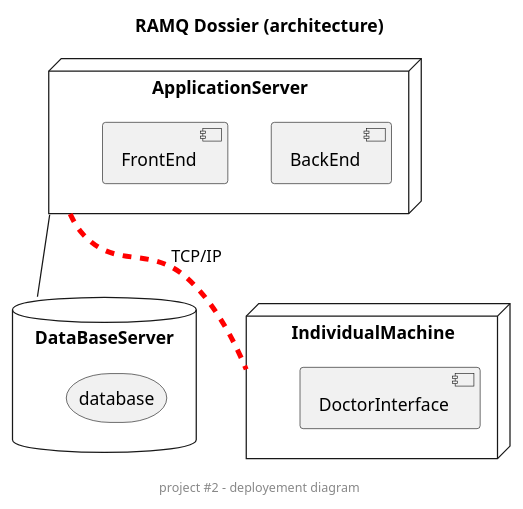
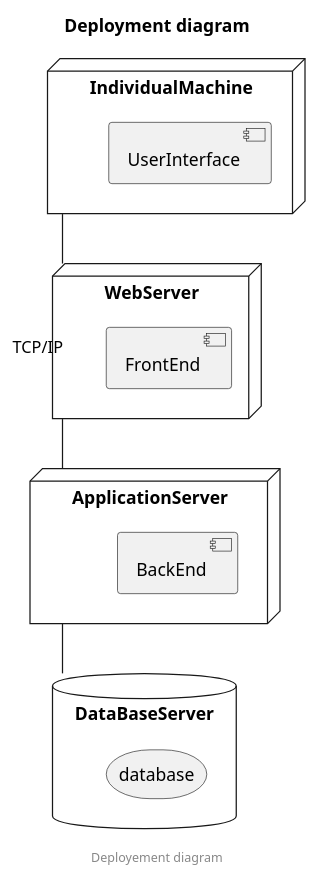
One commit to AmineSdi/PROJET_JAVAFX changed the diagram in Models/plantuml/deployement.puml. Above: the diagram before and after it, drawn with PlantUML. The commit also changed 1 other file, not shown here.

```diff
--- a/Models/plantuml/deployement.puml
+++ b/Models/plantuml/deployement.puml
@@ -1,23 +1,32 @@
 @startuml
 'DOCUMENTATION
 'PLANTUML : https://plantuml.com/fr/deployment-diagram
 'WHAT'S A DEPLOYEMENT DIAGRAM : https://www.lucidchart.com/pages/fr/diagramme-de-deploiement-uml
-title RAMQ Dossier (architecture)
-center footer project #2 - deployement diagram
+title Deployment diagram
+center footer Deployement diagram
 
 database DataBaseServer as DB{
     storage database
 }
 
 node ApplicationServer as AS{
     component BackEnd
+
+}
+
+node WebServer as WS {
     component FrontEnd
 }
 
 node IndividualMachine as IM{
-    component DoctorInterface
+    component UserInterface
 }
-AS -[#red,dashed,thickness=4]- IM : TCP/IP
+
+
+IM -- "TCP/IP" WS
+WS -- AS
+
+'AS -[#red,dashed,thickness=4]- IM : TCP/IP
 AS -- DB
 
 @enduml
```
